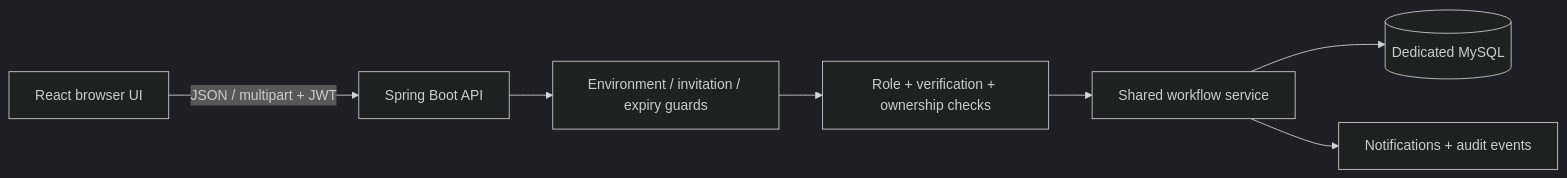
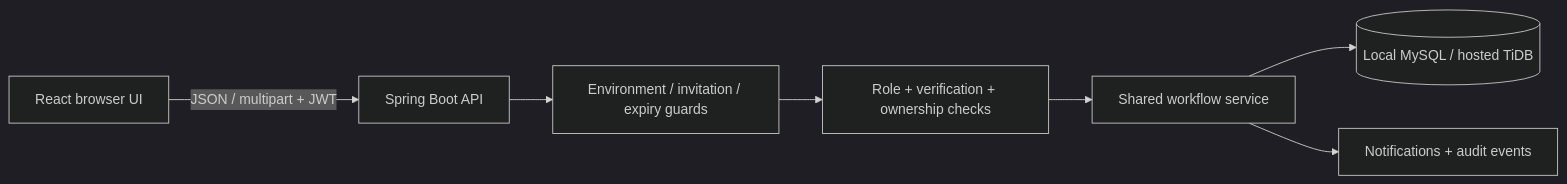
One commit to aswinudhayasivam-create/MedBridge changed the diagram in README.md. Above: the diagram before and after it, drawn with Mermaid (dark theme). The commit also changed other lines of this file, not shown here.

Commit message:
docs: spotlight MedBridge site and safe local demo access

````diff
--- a/README.md
+++ b/README.md
@@ -53,9 +72,9 @@
 ```mermaid
 flowchart LR
     B[React browser UI] -->|JSON / multipart + JWT| A[Spring Boot API]
     A --> G[Environment / invitation / expiry guards]
     G --> R[Role + verification + ownership checks]
     R --> S[Shared workflow service]
-    S --> D[(Dedicated MySQL)]
+    S --> D[(Local MySQL / hosted TiDB)]
     S --> N[Notifications + audit events]
 ```
````
